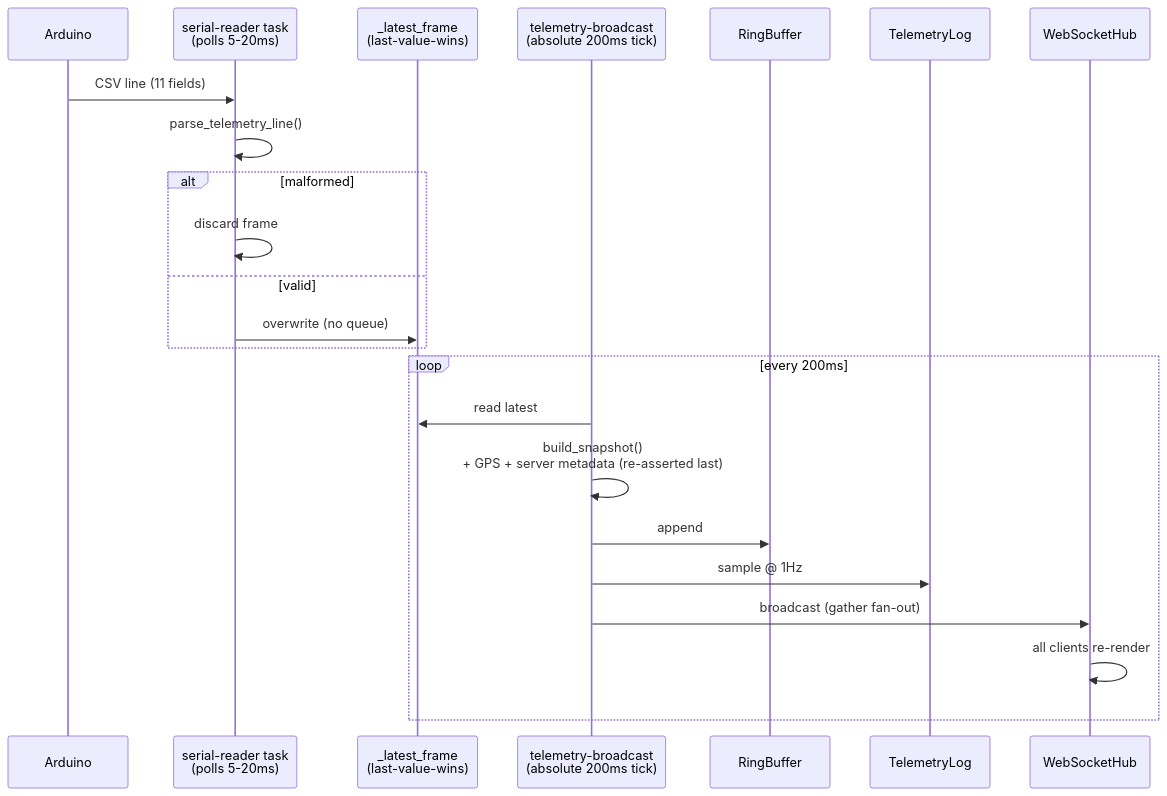
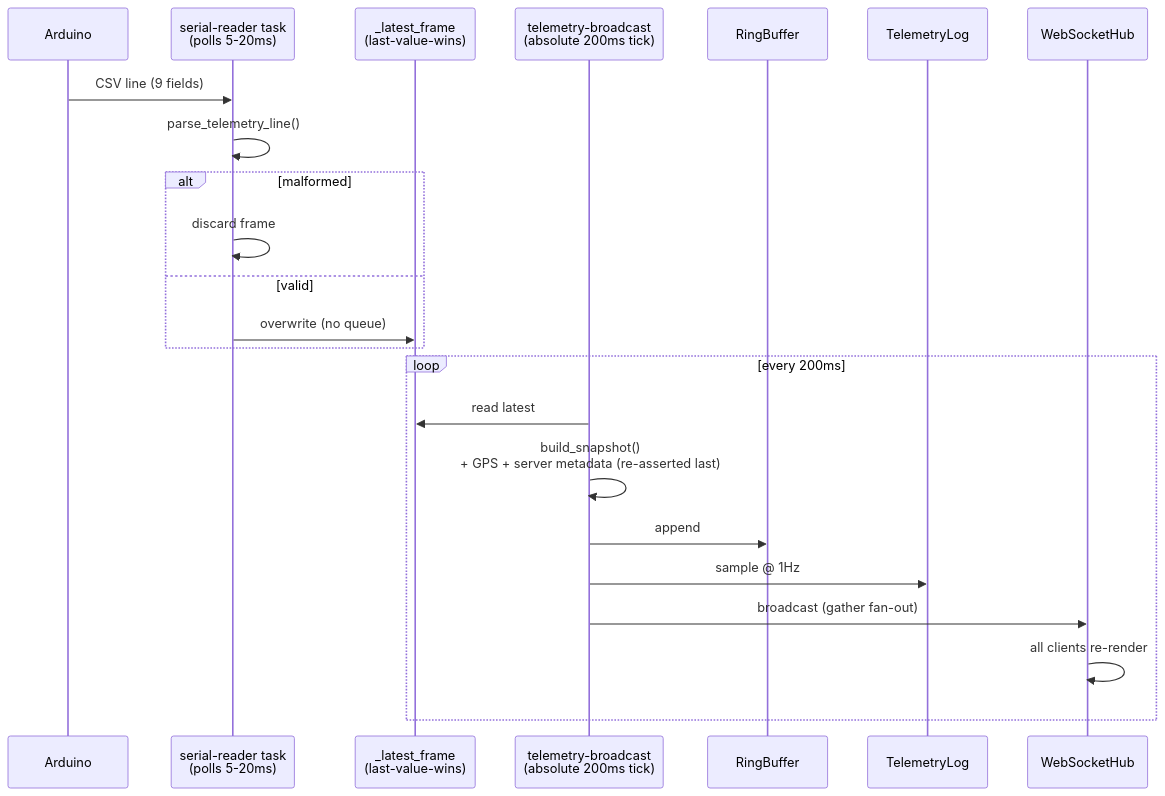
One commit to baiust999/robort-code-from-pi changed the eighth of 13 diagrams in docs/ARCHITECTURE.md. Above: the diagram before and after it, drawn with Mermaid. The commit also changed other lines of this file and 27 other files, not shown here.

````diff
--- a/docs/ARCHITECTURE.md
+++ b/docs/ARCHITECTURE.md
@@ -296,27 +295,27 @@
 ```mermaid
 sequenceDiagram
     participant AR as Arduino
     participant SR as serial-reader task<br/>(polls 5-20ms)
     participant LF as _latest_frame<br/>(last-value-wins)
     participant TB as telemetry-broadcast<br/>(absolute 200ms tick)
     participant RB as RingBuffer
     participant TL as TelemetryLog
     participant WS as WebSocketHub
 
-    AR->>SR: CSV line (11 fields)
+    AR->>SR: CSV line (9 fields)
     SR->>SR: parse_telemetry_line()
     alt malformed
         SR->>SR: discard frame
     else valid
         SR->>LF: overwrite (no queue)
     end
 
     loop every 200ms
         TB->>LF: read latest
         TB->>TB: build_snapshot()<br/>+ GPS + server metadata (re-asserted last)
         TB->>RB: append
         TB->>TL: sample @ 1Hz
         TB->>WS: broadcast (gather fan-out)
         WS->>WS: all clients re-render
     end
 ```
````
